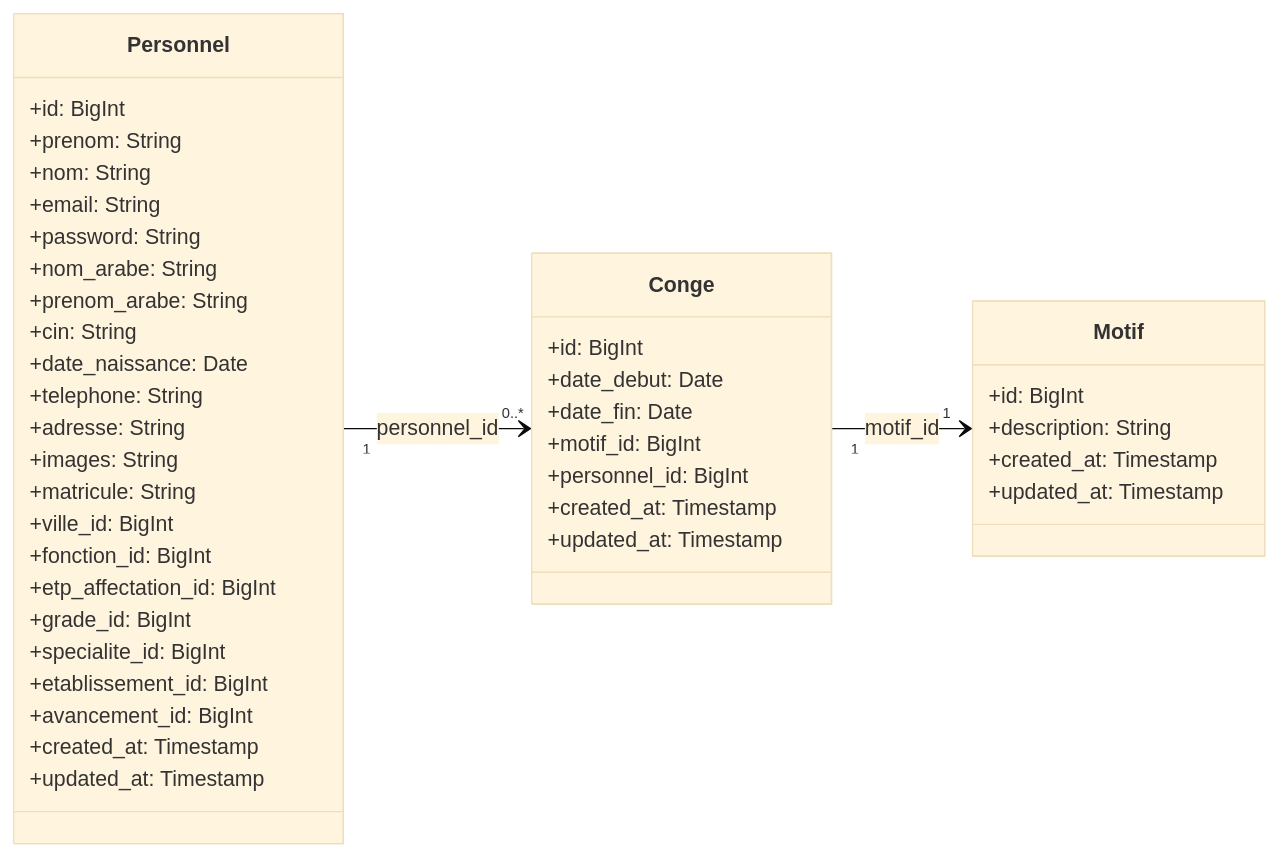
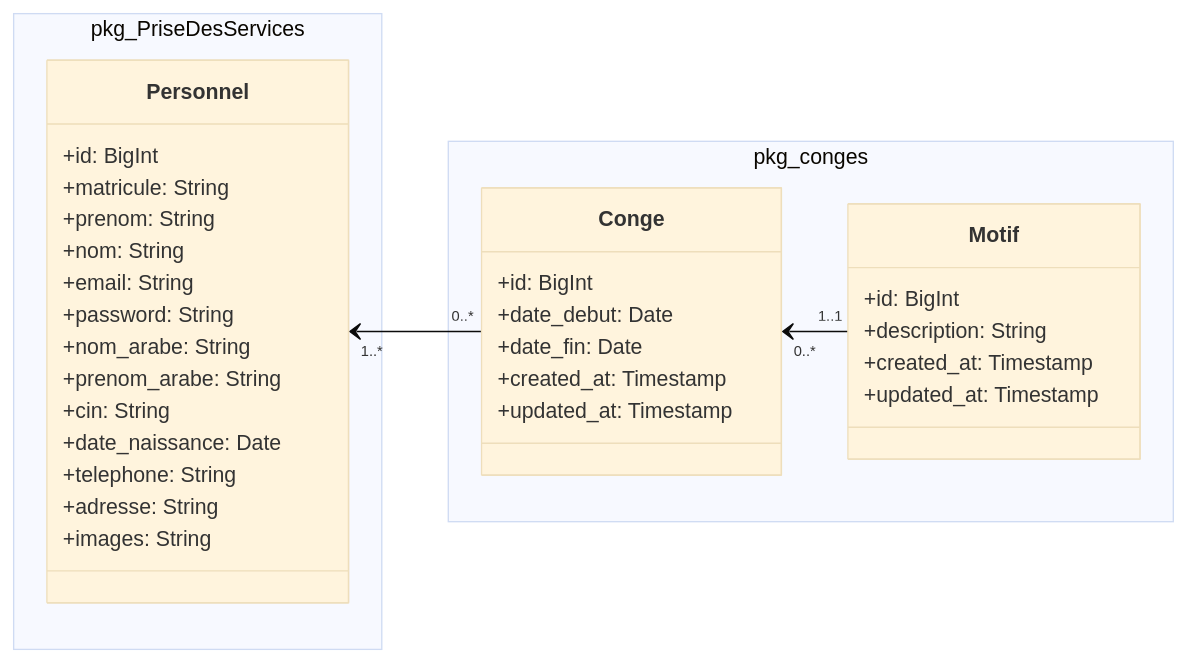
The diagram in modélisation/pkg_GestionConge/diagramme_de_classe-pkg_gestionConges.mmd (hamidAchaou/gestion-personnels), drawn with Mermaid (base theme) before and after one commit. The commit also changed 1 other file, not shown here.

Commit message:
edit class diagram

```diff
--- a/modélisation/pkg_GestionConge/diagramme_de_classe-pkg_gestionConges.mmd
+++ b/modélisation/pkg_GestionConge/diagramme_de_classe-pkg_gestionConges.mmd
@@ -1,47 +1,39 @@
 classDiagram
     direction LR
 
+namespace pkg_PriseDesServices {
     class Personnel {
         +id: BigInt
+        +matricule: String
         +prenom: String
         +nom: String
         +email: String
         +password: String
         +nom_arabe: String
         +prenom_arabe: String
         +cin: String
         +date_naissance: Date
         +telephone: String
         +adresse: String
         +images: String
-        +matricule: String
-        +ville_id: BigInt
-        +fonction_id: BigInt
-        +etp_affectation_id: BigInt
-        +grade_id: BigInt
-        +specialite_id: BigInt
-        +etablissement_id: BigInt
-        +avancement_id: BigInt
-        +created_at: Timestamp
-        +updated_at: Timestamp
     }
-
+}
+namespace pkg_conges {
     class Conge {
         +id: BigInt
         +date_debut: Date
         +date_fin: Date
-        +motif_id: BigInt
-        +personnel_id: BigInt
         +created_at: Timestamp
         +updated_at: Timestamp
     }
 
     class Motif {
         +id: BigInt
         +description: String
         +created_at: Timestamp
         +updated_at: Timestamp
     }
+}
 
-    Personnel "1" --> "0..*" Conge : personnel_id
-    Conge "1" --> "1" Motif : motif_id
+    Personnel "1..*" <-- "0..*" Conge 
+    Conge "0..*" <-- "1..1" Motif
```
